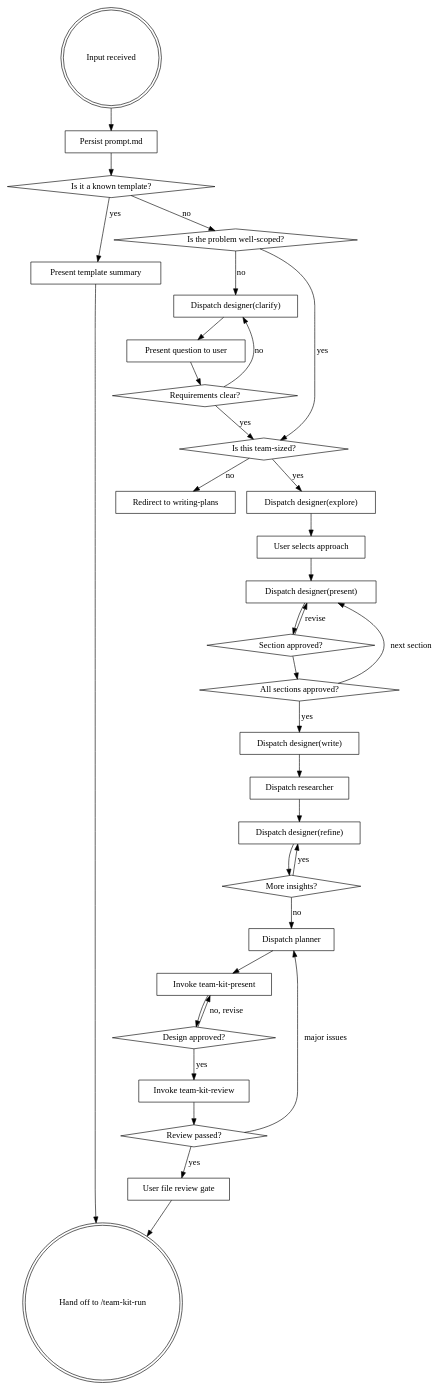
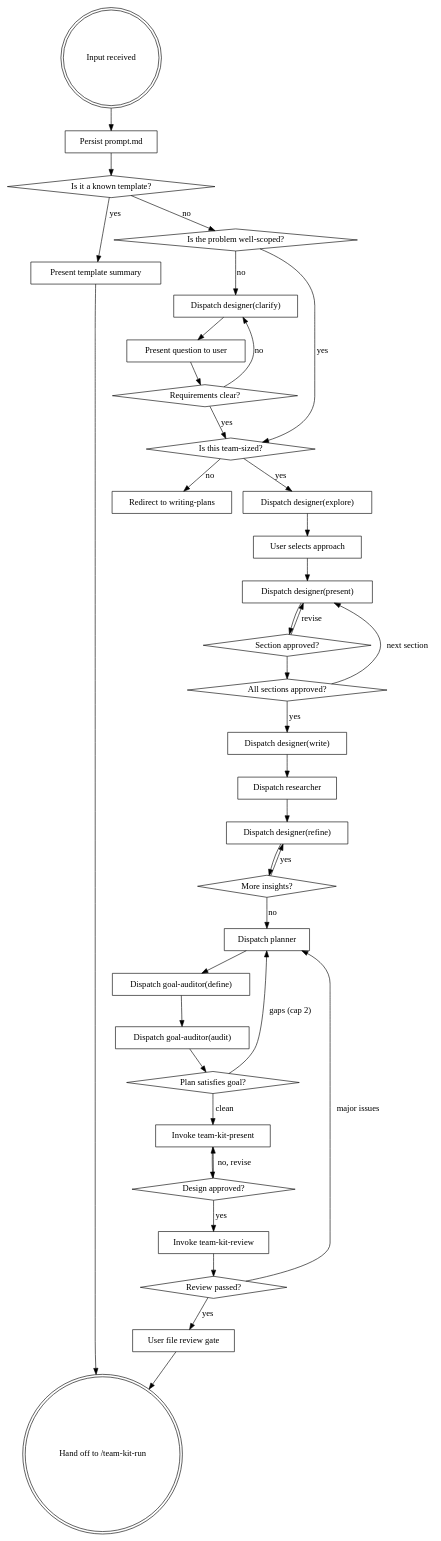
One commit to samelie/claude-plugin-pnpm changed the diagram in skills/team-kit-create/SKILL.md. Above: the diagram before and after it, drawn with Graphviz. The commit also changed other lines of this file and 7 other files, not shown here.

First line of the commit message:
feat(claude-plugin-pnpm): acceptance-contract goal-fidelity gate for team-kit

````diff
--- a/skills/team-kit-create/SKILL.md
+++ b/skills/team-kit-create/SKILL.md
@@ -50,64 +50,71 @@
 ```dot
 digraph team_kit_create {
   "Input received" [shape=doublecircle];
   "Persist prompt.md" [shape=box];
   "Is it a known template?" [shape=diamond];
   "Present template summary" [shape=box];
   "Is the problem well-scoped?" [shape=diamond];
   "Dispatch designer(clarify)" [shape=box];
   "Present question to user" [shape=box];
   "Requirements clear?" [shape=diamond];
   "Is this team-sized?" [shape=diamond];
   "Redirect to writing-plans" [shape=box];
   "Dispatch designer(explore)" [shape=box];
   "User selects approach" [shape=box];
   "Dispatch designer(present)" [shape=box];
   "Section approved?" [shape=diamond];
   "All sections approved?" [shape=diamond];
   "Dispatch designer(write)" [shape=box];
   "Dispatch researcher" [shape=box];
   "Dispatch designer(refine)" [shape=box];
   "More insights?" [shape=diamond];
   "Dispatch planner" [shape=box];
+  "Dispatch goal-auditor(define)" [shape=box];
+  "Dispatch goal-auditor(audit)" [shape=box];
+  "Plan satisfies goal?" [shape=diamond];
   "Invoke team-kit-present" [shape=box];
   "Design approved?" [shape=diamond];
   "Invoke team-kit-review" [shape=box];
   "Review passed?" [shape=diamond];
   "User file review gate" [shape=box];
   "Hand off to /team-kit-run" [shape=doublecircle];
 
   "Input received" -> "Persist prompt.md";
   "Persist prompt.md" -> "Is it a known template?";
   "Is it a known template?" -> "Present template summary" [label="yes"];
   "Present template summary" -> "Hand off to /team-kit-run";
   "Is it a known template?" -> "Is the problem well-scoped?" [label="no"];
   "Is the problem well-scoped?" -> "Dispatch designer(clarify)" [label="no"];
   "Dispatch designer(clarify)" -> "Present question to user";
   "Present question to user" -> "Requirements clear?";
   "Requirements clear?" -> "Dispatch designer(clarify)" [label="no"];
   "Requirements clear?" -> "Is this team-sized?" [label="yes"];
   "Is the problem well-scoped?" -> "Is this team-sized?" [label="yes"];
   "Is this team-sized?" -> "Redirect to writing-plans" [label="no"];
   "Is this team-sized?" -> "Dispatch designer(explore)" [label="yes"];
   "Dispatch designer(explore)" -> "User selects approach";
   "User selects approach" -> "Dispatch designer(present)";
   "Dispatch designer(present)" -> "Section approved?";
   "Section approved?" -> "Dispatch designer(present)" [label="revise"];
   "Section approved?" -> "All sections approved?";
   "All sections approved?" -> "Dispatch designer(present)" [label="next section"];
   "All sections approved?" -> "Dispatch designer(write)" [label="yes"];
   "Dispatch designer(write)" -> "Dispatch researcher";
   "Dispatch researcher" -> "Dispatch designer(refine)";
   "Dispatch designer(refine)" -> "More insights?";
   "More insights?" -> "Dispatch designer(refine)" [label="yes"];
   "More insights?" -> "Dispatch planner" [label="no"];
-  "Dispatch planner" -> "Invoke team-kit-present";
+  "Dispatch planner" -> "Dispatch goal-auditor(define)";
+  "Dispatch goal-auditor(define)" -> "Dispatch goal-auditor(audit)";
+  "Dispatch goal-auditor(audit)" -> "Plan satisfies goal?";
+  "Plan satisfies goal?" -> "Dispatch planner" [label="gaps (cap 2)"];
+  "Plan satisfies goal?" -> "Invoke team-kit-present" [label="clean"];
   "Invoke team-kit-present" -> "Design approved?";
   "Design approved?" -> "Invoke team-kit-present" [label="no, revise"];
   "Design approved?" -> "Invoke team-kit-review" [label="yes"];
   "Invoke team-kit-review" -> "Review passed?";
   "Review passed?" -> "Dispatch planner" [label="major issues"];
   "Review passed?" -> "User file review gate" [label="yes"];
   "User file review gate" -> "Hand off to /team-kit-run";
 }
 ```
````
